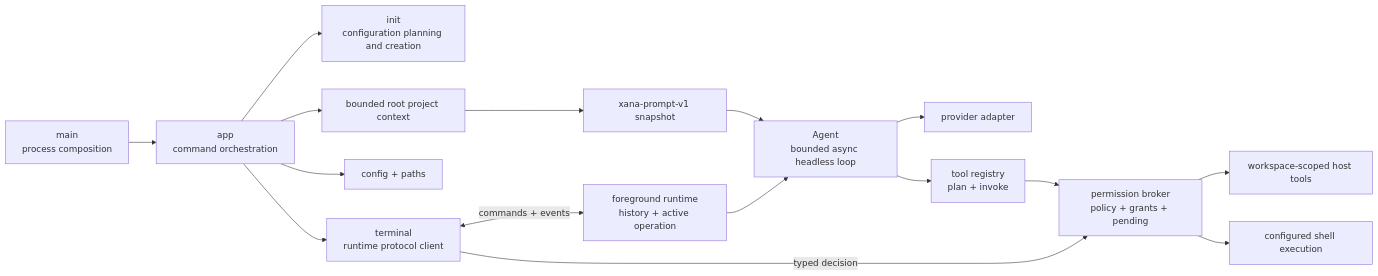
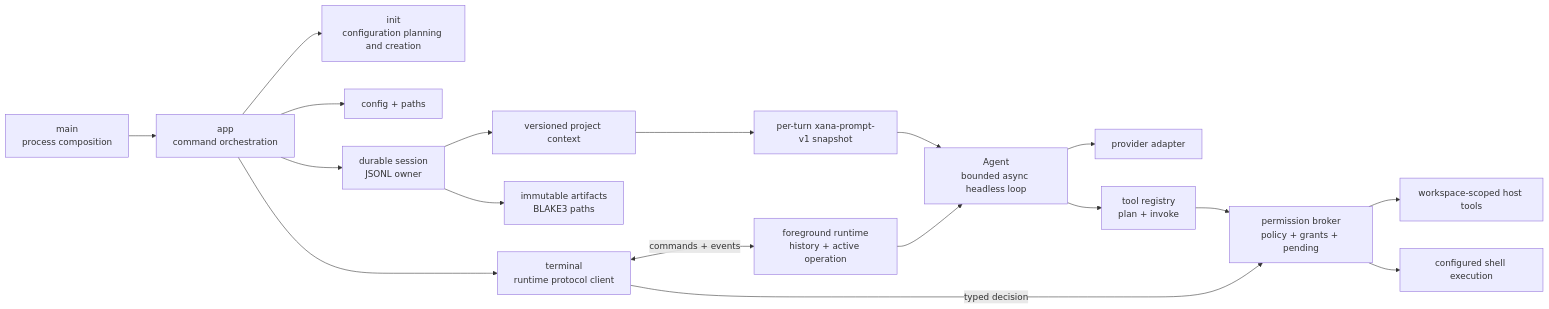
One commit to labcoder/xana changed the diagram in docs/architecture/README.md. Above: the diagram before and after it, drawn with Mermaid. The commit also changed other lines of this file and 35 other files, not shown here.

Commit message:
feat(sessions): persist artifacts and context provenance

````diff
--- a/docs/architecture/README.md
+++ b/docs/architecture/README.md
@@ -18,18 +18,20 @@
 ```mermaid
 flowchart LR
     MAIN["main<br/>process composition"] --> APP["app<br/>command orchestration"]
     APP --> INIT["init<br/>configuration planning and creation"]
     APP --> TERMINAL["terminal<br/>runtime protocol client"]
     APP --> CONFIG["config + paths"]
-    APP --> CONTEXT["bounded root project context"]
-    CONTEXT --> PROMPT["xana-prompt-v1 snapshot"]
+    APP --> SESSION["durable session<br/>JSONL owner"]
+    SESSION --> ARTIFACTS["immutable artifacts<br/>BLAKE3 paths"]
+    SESSION --> CONTEXT["versioned project context"]
+    CONTEXT --> PROMPT["per-turn xana-prompt-v1 snapshot"]
     PROMPT --> AGENT
     TERMINAL <-->|"commands + events"| RUNTIME["foreground runtime<br/>history + active operation"]
     RUNTIME --> AGENT["Agent<br/>bounded async headless loop"]
     AGENT --> PROVIDER["provider adapter"]
     AGENT --> TOOLS["tool registry<br/>plan + invoke"]
     TOOLS --> BROKER["permission broker<br/>policy + grants + pending"]
     TERMINAL -->|"typed decision"| BROKER
     BROKER --> HOST["workspace-scoped host tools"]
     BROKER --> SHELL["configured shell execution"]
 ```
````
